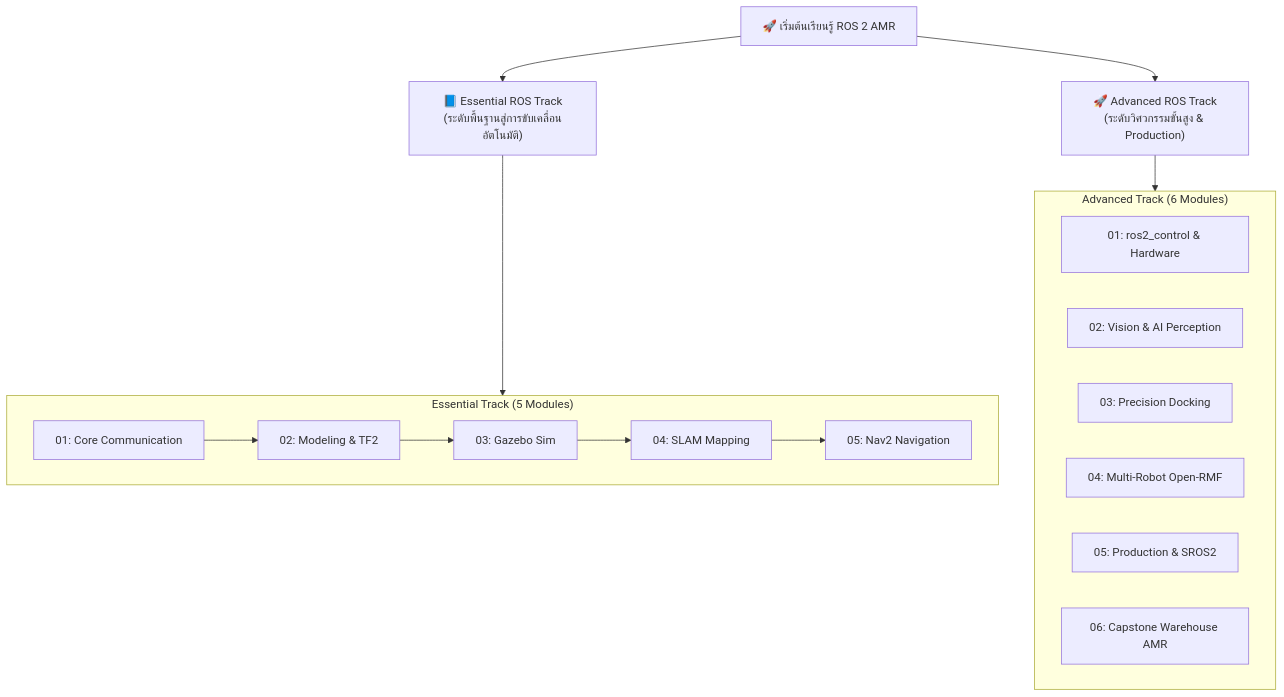
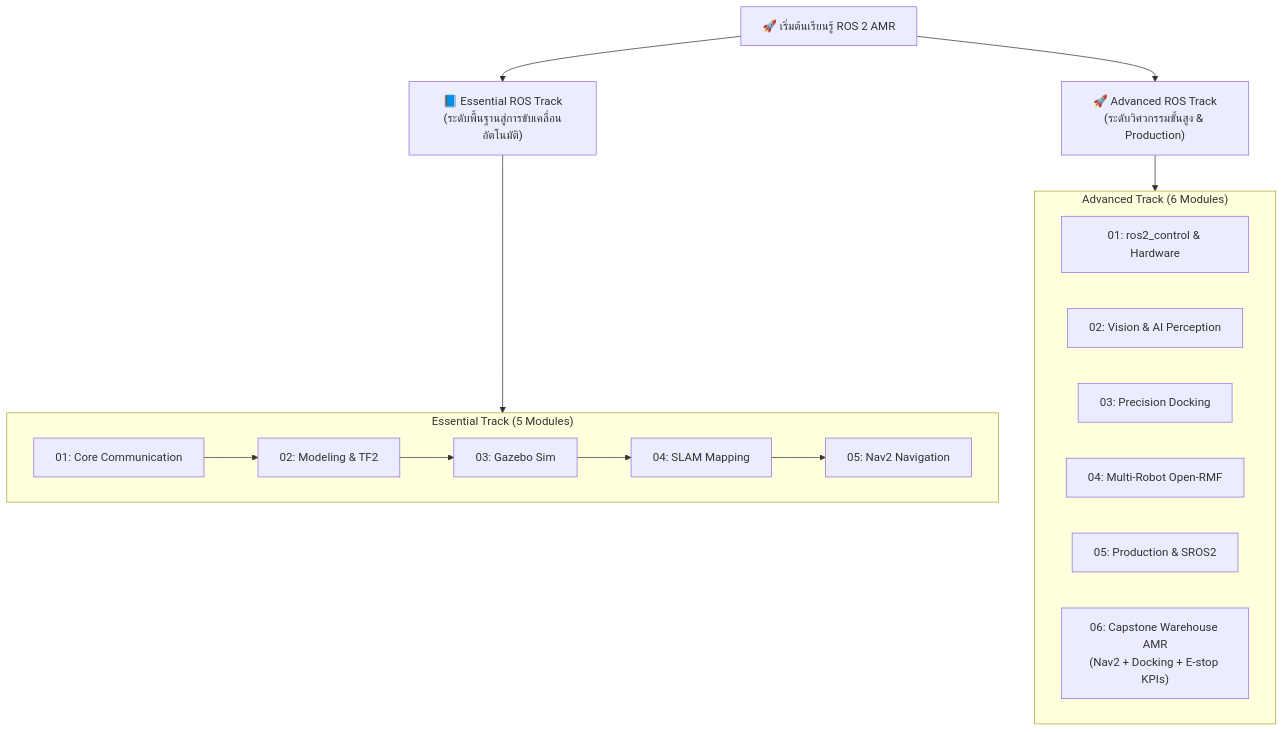
Before and after one commit to alfaXphoori/ros2: the diagram in README.md, drawn with Mermaid. The commit also changed other lines of this file and 425 other files, not shown here.

````diff
--- a/README.md
+++ b/README.md
@@ -22,25 +22,25 @@
 ```mermaid
 flowchart TD
     Start["🚀 เริ่มต้นเรียนรู้ ROS 2 AMR"]
     Start --> Essential["📘 Essential ROS Track<br>(ระดับพื้นฐานสู่การขับเคลื่อนอัตโนมัติ)"]
     Start --> Advanced["🚀 Advanced ROS Track<br>(ระดับวิศวกรรมขั้นสูง & Production)"]
 
     subgraph E_Path ["Essential Track (5 Modules)"]
         E1["01: Core Communication"] --> E2["02: Modeling & TF2"]
         E2 --> E3["03: Gazebo Sim"]
         E3 --> E4["04: SLAM Mapping"]
         E4 --> E5["05: Nav2 Navigation"]
     end
 
     subgraph A_Path ["Advanced Track (6 Modules)"]
         A1["01: ros2_control & Hardware"]
         A2["02: Vision & AI Perception"]
         A3["03: Precision Docking"]
         A4["04: Multi-Robot Open-RMF"]
         A5["05: Production & SROS2"]
-        A6["06: Capstone Warehouse AMR"]
+        A6["06: Capstone Warehouse AMR<br>(Nav2 + Docking + E-stop KPIs)"]
     end
 
     Essential --> E_Path
     Advanced --> A_Path
 ```
````
